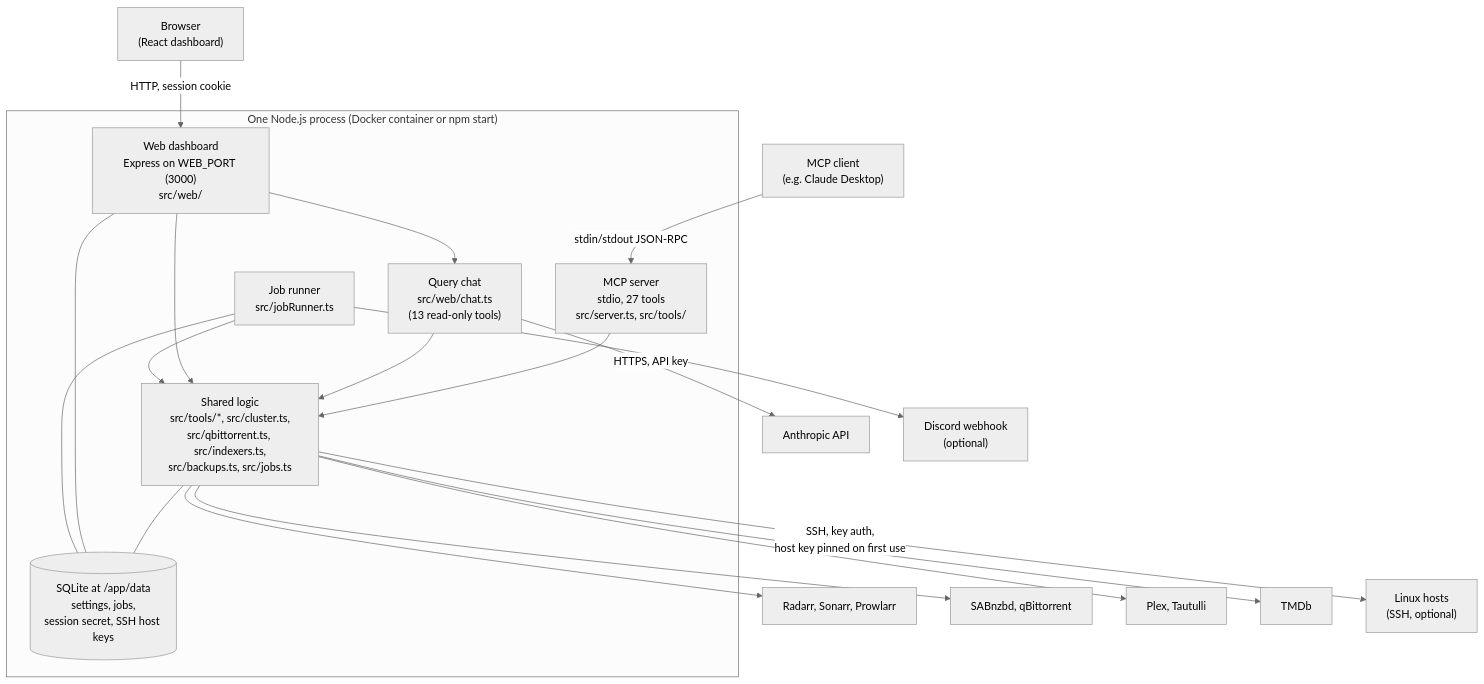
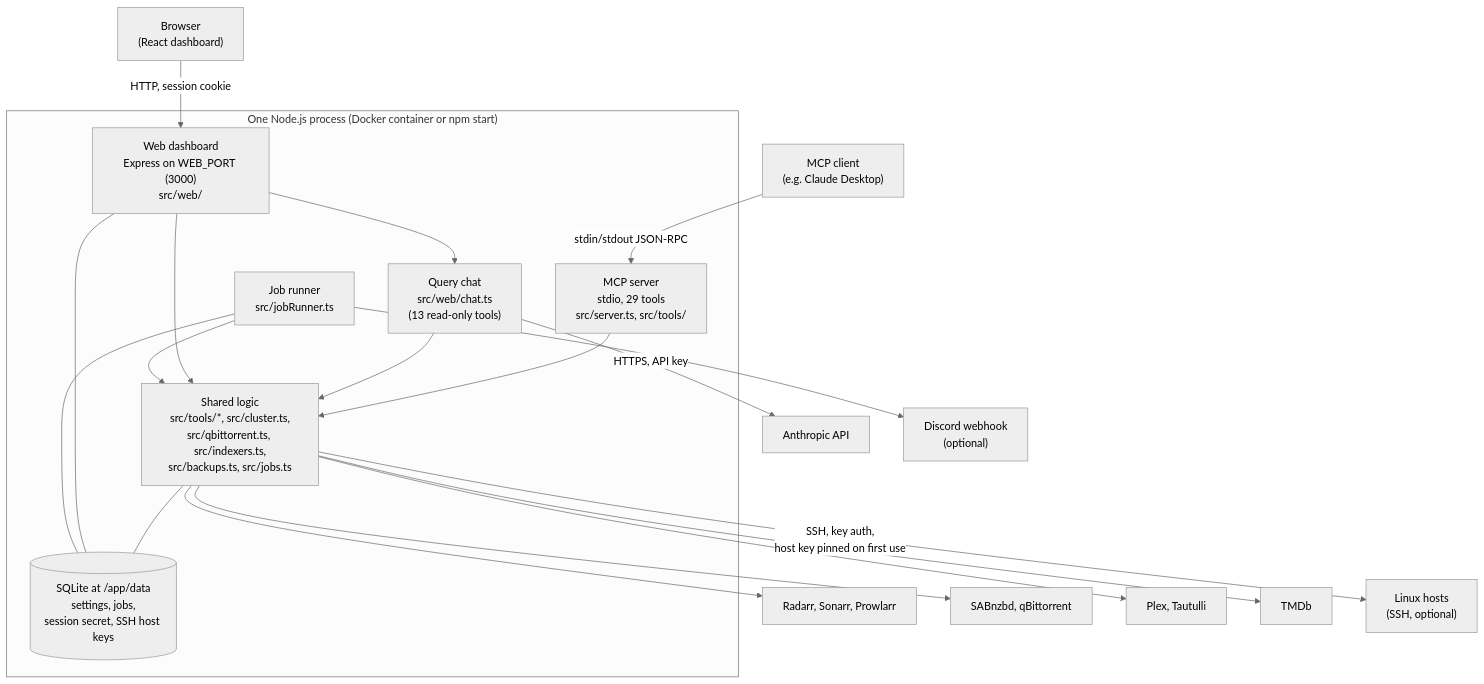
One commit to HoneyBearTech/plex-director-mcp changed the diagram in docs/architecture.md. Above: the diagram before and after it, drawn with Mermaid (neutral theme). The commit also changed other lines of this file and 29 other files, not shown here.

````diff
--- a/docs/architecture.md
+++ b/docs/architecture.md
@@ -10,38 +10,38 @@
 ```mermaid
 flowchart TB
     browser["Browser<br/>(React dashboard)"]
     desktop["MCP client<br/>(e.g. Claude Desktop)"]
     subgraph container["One Node.js process (Docker container or npm start)"]
-        mcp["MCP server<br/>stdio, 27 tools<br/>src/server.ts, src/tools/"]
+        mcp["MCP server<br/>stdio, 29 tools<br/>src/server.ts, src/tools/"]
         web["Web dashboard<br/>Express on WEB_PORT (3000)<br/>src/web/"]
         chat["Query chat<br/>src/web/chat.ts<br/>(13 read-only tools)"]
         runner["Job runner<br/>src/jobRunner.ts"]
         logic["Shared logic<br/>src/tools/*, src/cluster.ts,<br/>src/qbittorrent.ts, src/indexers.ts,<br/>src/backups.ts, src/jobs.ts"]
         db[("SQLite at /app/data<br/>settings, jobs,<br/>session secret, SSH host keys")]
     end
     anthropic["Anthropic API"]
     servarr["Radarr, Sonarr, Prowlarr"]
     dl["SABnzbd, qBittorrent"]
     plex["Plex, Tautulli"]
     tmdb["TMDb"]
     hosts["Linux hosts<br/>(SSH, optional)"]
     discord["Discord webhook<br/>(optional)"]
 
     desktop -- "stdin/stdout JSON-RPC" --> mcp
     browser -- "HTTP, session cookie" --> web
     web --> chat
     chat -- "HTTPS, API key" --> anthropic
     mcp --> logic
     chat --> logic
     web --> logic
     runner --> logic
     logic --- db
     web --- db
     runner --- db
     logic --> servarr
     logic --> dl
     logic --> plex
     logic --> tmdb
     logic -- "SSH, key auth,<br/>host key pinned on first use" --> hosts
     runner --> discord
 ```
````
